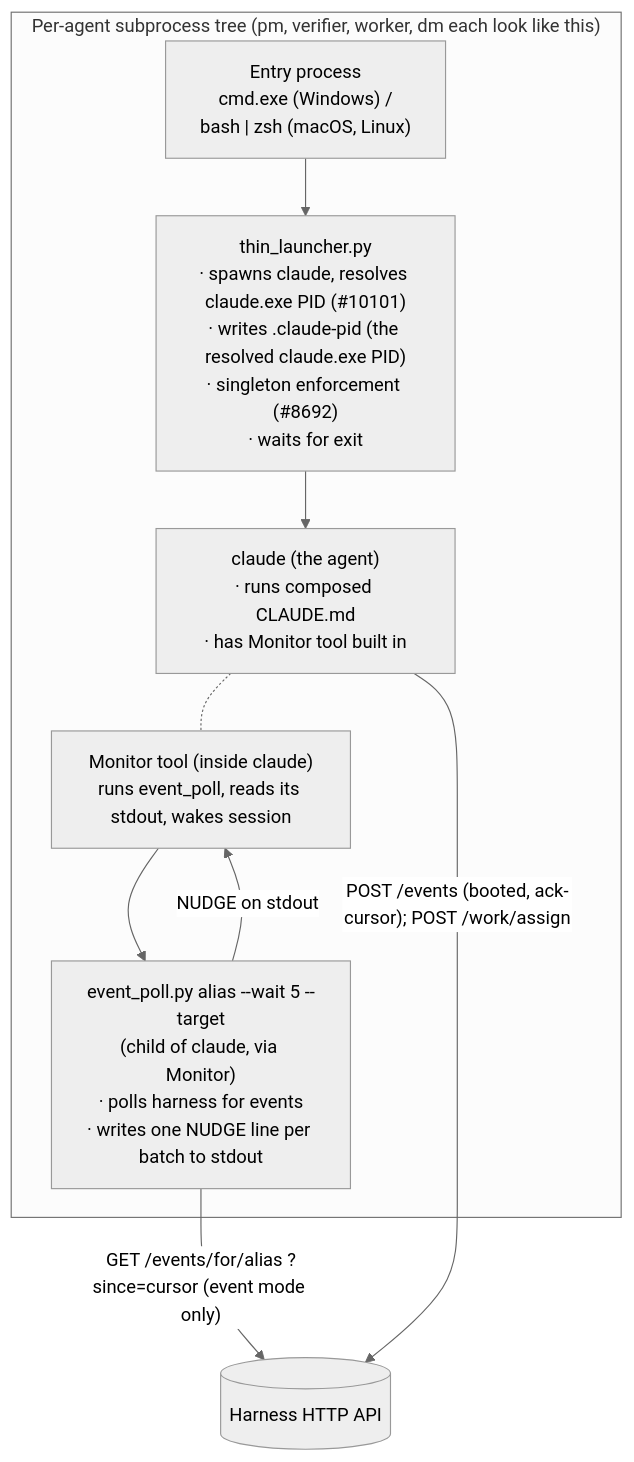
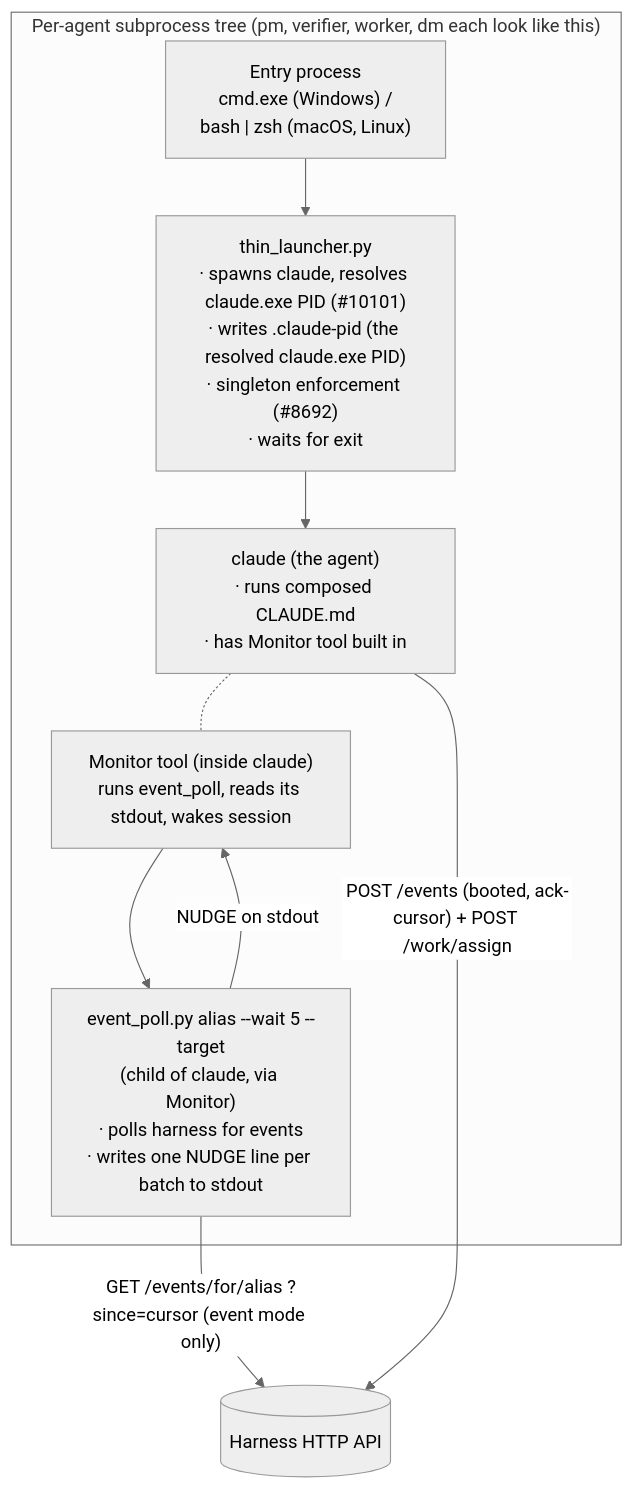
The third of 15 diagrams in docs/AGENT-RUNTIME.md (WallyDoodlez/SquidSquad), drawn with Mermaid (neutral theme) before and after one commit. The commit also changed other lines of this file, not shown here.

First line of the commit message:
docs: fix mermaid render — remove ';' statement-separators from diagram labels/notes

````diff
--- a/docs/AGENT-RUNTIME.md
+++ b/docs/AGENT-RUNTIME.md
@@ -189,20 +189,20 @@
 ```mermaid
 flowchart TB
     subgraph agent_tree["Per-agent subprocess tree (pm, verifier, worker, dm each look like this)"]
         Cmd["Entry process<br/>cmd.exe (Windows) /<br/>bash | zsh (macOS, Linux)"]
         TL["thin_launcher.py<br/>· spawns claude, resolves claude.exe PID (#10101)<br/>· writes .claude-pid (the resolved claude.exe PID)<br/>· singleton enforcement (#8692)<br/>· waits for exit"]
         Claude["claude (the agent)<br/>· runs composed CLAUDE.md<br/>· has Monitor tool built in"]
         Monitor["Monitor tool (inside claude)<br/>runs event_poll, reads its stdout, wakes session"]
         Poll["event_poll.py alias --wait 5 --target<br/>(child of claude, via Monitor)<br/>· polls harness for events<br/>· writes one NUDGE line per batch to stdout"]
 
         Cmd --> TL
         TL --> Claude
         Claude -.- Monitor
         Monitor --> Poll
     end
 
     HarnessAPI[("Harness HTTP API")]
     Poll -- "GET /events/for/alias ?since=cursor (event mode only)" --> HarnessAPI
-    Claude -- "POST /events (booted, ack-cursor); POST /work/assign" --> HarnessAPI
+    Claude -- "POST /events (booted, ack-cursor) + POST /work/assign" --> HarnessAPI
     Poll -- "NUDGE on stdout" --> Monitor
 ```
````
